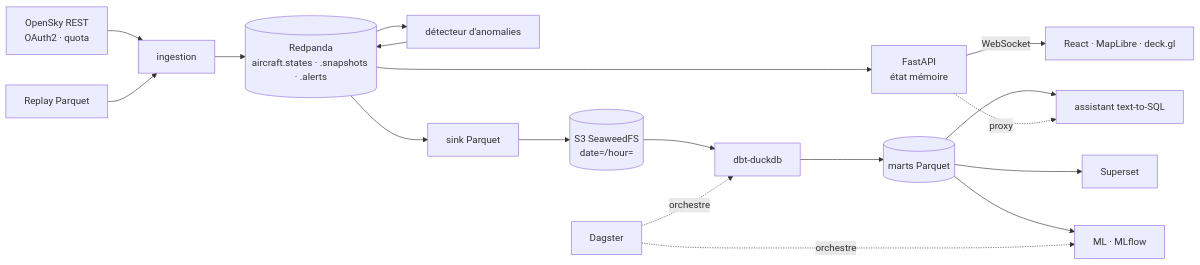
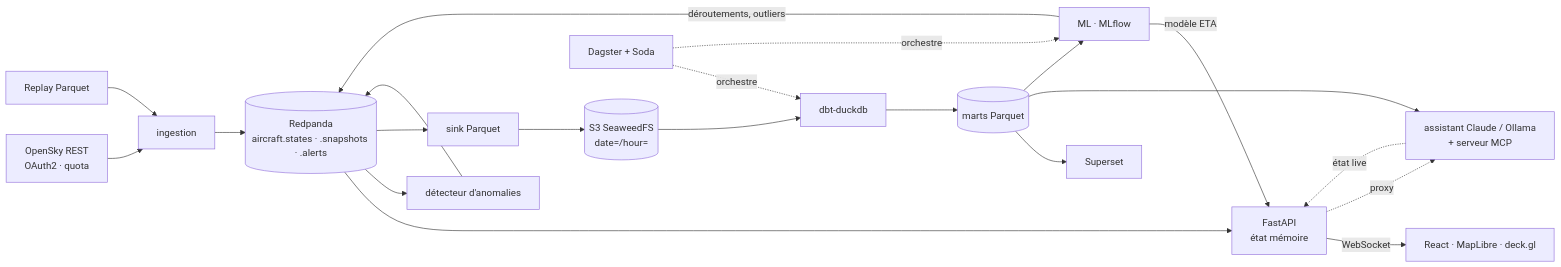
One commit to Oussama-essalehi/SkyPulse changed the diagram in README.md. Above: the diagram before and after it, drawn with Mermaid. The commit also changed other lines of this file and 4 other files, not shown here.

First line of the commit message:
docs: README, architecture and plan updated for the enrichment step

````diff
--- a/README.md
+++ b/README.md
@@ -46,13 +47,16 @@
 ```mermaid
 flowchart LR
   OS[OpenSky REST<br/>OAuth2 · quota] --> ING
   RP[Replay Parquet] --> ING
   ING[ingestion] --> K[(Redpanda<br/>aircraft.states · .snapshots · .alerts)]
   K --> API[FastAPI<br/>état mémoire] -- WebSocket --> FE[React · MapLibre · deck.gl]
   K --> AD[détecteur d'anomalies] --> K
   K --> SINK[sink Parquet] --> S3[(S3 SeaweedFS<br/>date=/hour=)]
   S3 --> DBT[dbt-duckdb] --> M[(marts Parquet)]
-  M --> SUP[Superset] & AST[assistant text-to-SQL] & ML[ML · MLflow]
-  DAG[Dagster] -. orchestre .-> DBT & ML
+  M --> SUP[Superset] & AST[assistant Claude / Ollama<br/>+ serveur MCP] & ML[ML · MLflow]
+  ML -- modèle ETA --> API
+  ML -- déroutements, outliers --> K
+  DAG[Dagster + Soda] -. orchestre .-> DBT & ML
   API -. proxy .-> AST
+  AST -. état live .-> API
 ```
````
